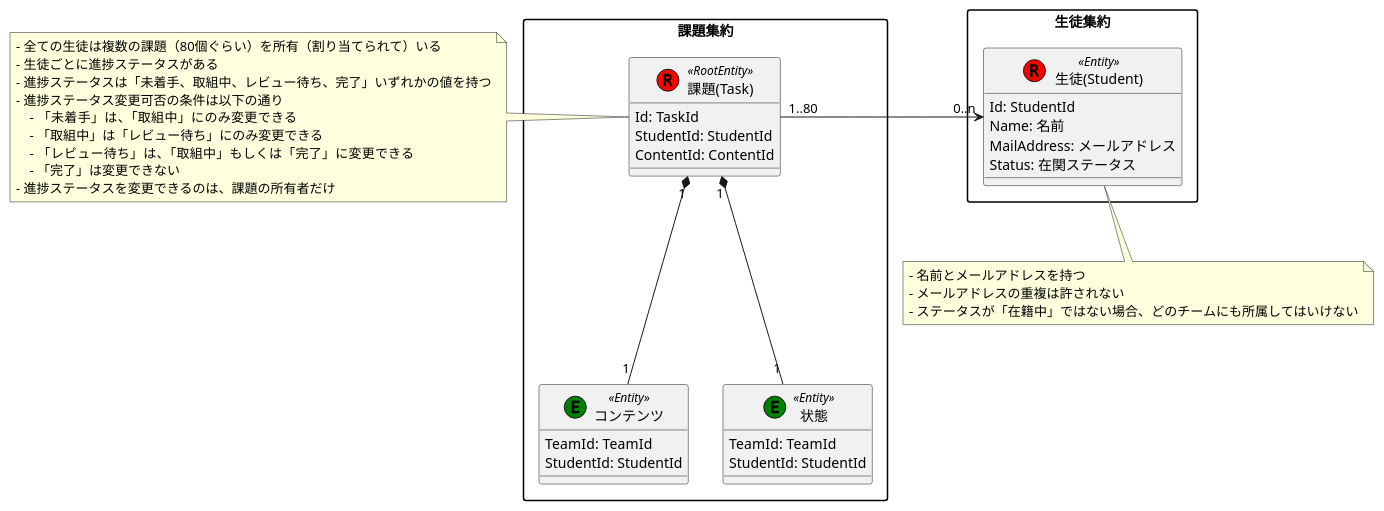
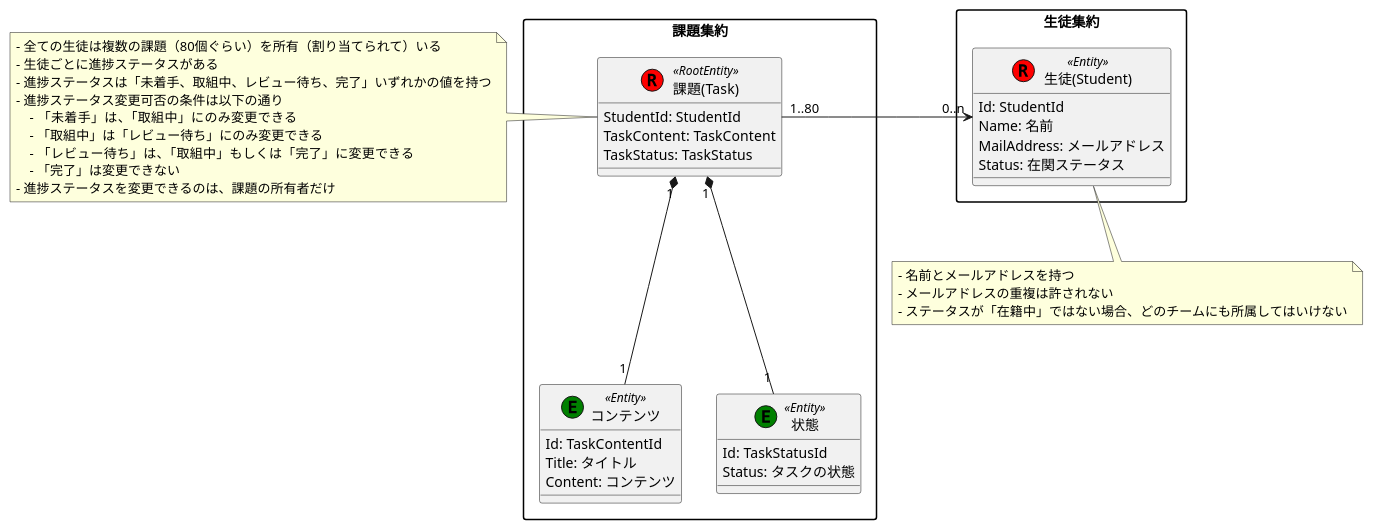
One commit to yoyoyonoyo/ddd-sample changed the diagram in doc/model-task-sysytem.pu. Above: the diagram before and after it, drawn with PlantUML. The commit also changed 49 other files, not shown here.

```diff
--- a/doc/model-task-sysytem.pu
+++ b/doc/model-task-sysytem.pu
@@ -2,58 +2,59 @@
 @startuml プラハチャレンジ進捗管理システム
 
 skinparam packageStyle rectangle
 
 ' 1. エンティティの定義
 package 生徒集約 {
     class "生徒(Student)" as Student << (R, Red) Entity >>  {
         Id: StudentId
         Name: 名前
         MailAddress: メールアドレス
         Status: 在関ステータス
     }
 }
 
 package 課題集約 {
     class "課題(Task)" as Task  << (R,red) RootEntity >> {
-        Id: TaskId
         StudentId: StudentId
-        ContentId: ContentId
+        TaskContent: TaskContent
+        TaskStatus: TaskStatus
     }
 
     class "コンテンツ" as TaskContent << (E, green) Entity >>  {
-        TeamId: TeamId
-        StudentId: StudentId
+        Id: TaskContentId
+        Title: タイトル
+        Content: コンテンツ
     }
 
     class "状態" as TaskStatus << (E, green) Entity >>  {
-        TeamId: TeamId
-        StudentId: StudentId
+        Id: TaskStatusId
+        Status: タスクの状態
     }
 }
 
 ' 3. ルールの追加
 note bottom of Student
     - 名前とメールアドレスを持つ
     - メールアドレスの重複は許されない
     - ステータスが「在籍中」ではない場合、どのチームにも所属してはいけない
 end note
 
 
 note left of Task
     - 全ての生徒は複数の課題（80個ぐらい）を所有（割り当てられて）いる
     - 生徒ごとに進捗ステータスがある
     - 進捗ステータスは「未着手、取組中、レビュー待ち、完了」いずれかの値を持つ
     - 進捗ステータス変更可否の条件は以下の通り
         - 「未着手」は、「取組中」にのみ変更できる
         - 「取組中」は「レビュー待ち」にのみ変更できる
         - 「レビュー待ち」は、「取組中」もしくは「完了」に変更できる
         - 「完了」は変更できない
     - 進捗ステータスを変更できるのは、課題の所有者だけ
 end note
 
 ' 4. 関連性の定義
 Task "1..80" -right-> "0..n" Student
 Task "1" *--- "1" TaskContent
 Task "1" *--- "1" TaskStatus
 
 @enduml
```
